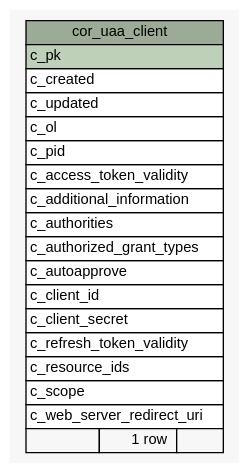
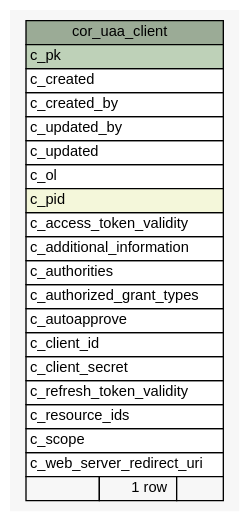
Before and after one commit to openwms/org.openwms.core.uaa: the diagram in 1.1.0-SNAPSHOT/schemaspy/diagrams/summary/cor_uaa_client.1degree.dot, drawn with Graphviz. The commit also changed 268 other files, not shown here.

```diff
--- a/1.1.0-SNAPSHOT/schemaspy/diagrams/summary/cor_uaa_client.1degree.dot
+++ b/1.1.0-SNAPSHOT/schemaspy/diagrams/summary/cor_uaa_client.1degree.dot
@@ -1,45 +1,47 @@
-// dot 2.43.0 on Linux 5.11.0-1021-azure
+// dot 2.43.0 on Linux 5.13.0-1029-azure
 // SchemaSpy rev Unknown
 digraph "cor_uaa_client" {
   graph [
     rankdir="RL"
     bgcolor="#f7f7f7"
     nodesep="0.18"
     ranksep="0.46"
     fontname="Helvetica"
     fontsize="11"
   ];
   node [
     fontname="Helvetica"
     fontsize="11"
     shape="plaintext"
   ];
   edge [
     arrowsize="0.8"
   ];
   "cor_uaa_client" [
     label=<
     <TABLE BORDER="0" CELLBORDER="1" CELLSPACING="0" BGCOLOR="#ffffff">
       <TR><TD COLSPAN="3" BGCOLOR="#9bab96" ALIGN="CENTER">cor_uaa_client</TD></TR>
       <TR><TD PORT="c_pk" COLSPAN="3" BGCOLOR="#bed1b8" ALIGN="LEFT">c_pk</TD></TR>
       <TR><TD PORT="c_created" COLSPAN="3" ALIGN="LEFT">c_created</TD></TR>
+      <TR><TD PORT="c_created_by" COLSPAN="3" ALIGN="LEFT">c_created_by</TD></TR>
+      <TR><TD PORT="c_updated_by" COLSPAN="3" ALIGN="LEFT">c_updated_by</TD></TR>
       <TR><TD PORT="c_updated" COLSPAN="3" ALIGN="LEFT">c_updated</TD></TR>
       <TR><TD PORT="c_ol" COLSPAN="3" ALIGN="LEFT">c_ol</TD></TR>
-      <TR><TD PORT="c_pid" COLSPAN="3" ALIGN="LEFT">c_pid</TD></TR>
+      <TR><TD PORT="c_pid" COLSPAN="3" BGCOLOR="#f4f7da" ALIGN="LEFT">c_pid</TD></TR>
       <TR><TD PORT="c_access_token_validity" COLSPAN="3" ALIGN="LEFT">c_access_token_validity</TD></TR>
       <TR><TD PORT="c_additional_information" COLSPAN="3" ALIGN="LEFT">c_additional_information</TD></TR>
       <TR><TD PORT="c_authorities" COLSPAN="3" ALIGN="LEFT">c_authorities</TD></TR>
       <TR><TD PORT="c_authorized_grant_types" COLSPAN="3" ALIGN="LEFT">c_authorized_grant_types</TD></TR>
       <TR><TD PORT="c_autoapprove" COLSPAN="3" ALIGN="LEFT">c_autoapprove</TD></TR>
       <TR><TD PORT="c_client_id" COLSPAN="3" ALIGN="LEFT">c_client_id</TD></TR>
       <TR><TD PORT="c_client_secret" COLSPAN="3" ALIGN="LEFT">c_client_secret</TD></TR>
       <TR><TD PORT="c_refresh_token_validity" COLSPAN="3" ALIGN="LEFT">c_refresh_token_validity</TD></TR>
       <TR><TD PORT="c_resource_ids" COLSPAN="3" ALIGN="LEFT">c_resource_ids</TD></TR>
       <TR><TD PORT="c_scope" COLSPAN="3" ALIGN="LEFT">c_scope</TD></TR>
       <TR><TD PORT="c_web_server_redirect_uri" COLSPAN="3" ALIGN="LEFT">c_web_server_redirect_uri</TD></TR>
       <TR><TD ALIGN="LEFT" BGCOLOR="#f7f7f7">  </TD><TD ALIGN="RIGHT" BGCOLOR="#f7f7f7">1 row</TD><TD ALIGN="RIGHT" BGCOLOR="#f7f7f7">  </TD></TR>
     </TABLE>>
     URL="tables/cor_uaa_client.html"
     tooltip="cor_uaa_client"
   ];
 }
```
